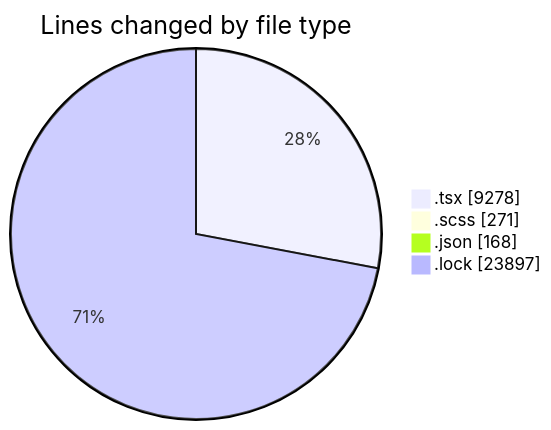
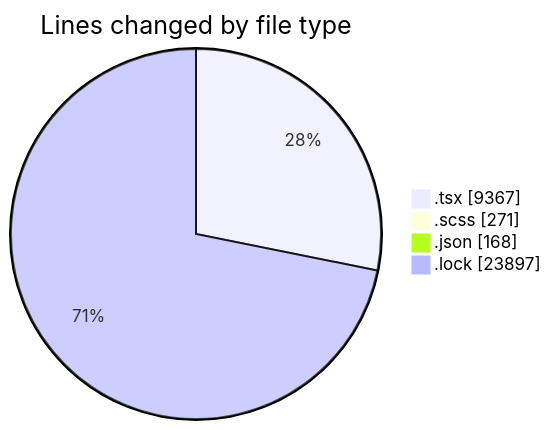
Before and after one commit to momahboobian/code-tracking: the first of 2 diagrams in 2025-11-18/cda/README.md, drawn with Mermaid. The commit also changed other lines of this file and 1 other file, not shown here.

````diff
--- a/2025-11-18/cda/README.md
+++ b/2025-11-18/cda/README.md
@@ -37,8 +38,8 @@
 ```mermaid
 pie showData
 title Lines changed by file type
-".tsx" : 9278
+".tsx" : 9367
 ".scss" : 271
 ".json" : 168
 ".lock" : 23897
 ```
````
